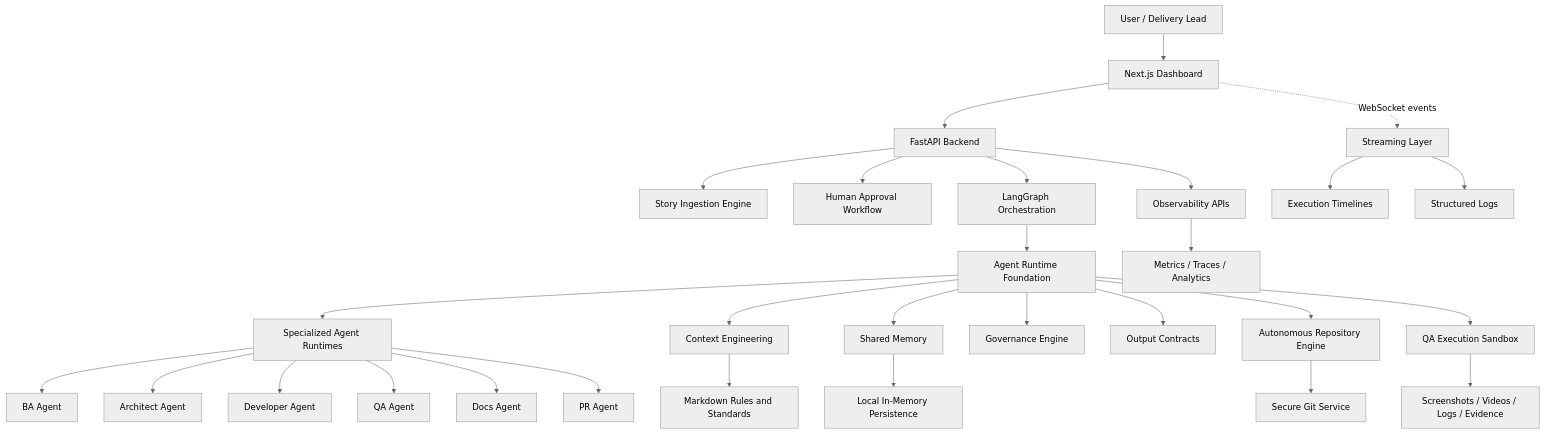
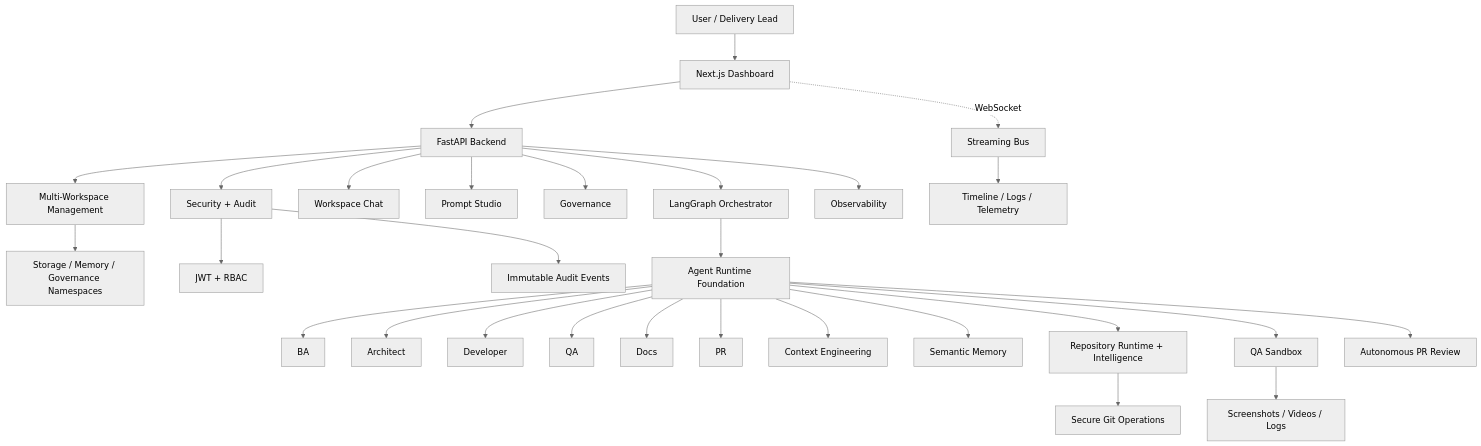
One commit to fhuamanr/LegionAgents changed the first of 4 diagrams in README.md. Above: the diagram before and after it, drawn with Mermaid (neutral theme). The commit also changed other lines of this file and 1 other file, not shown here.

````diff
--- a/README.md
+++ b/README.md
@@ -90,35 +71,36 @@
 ```mermaid
 flowchart TB
-  User["User / Delivery Lead"] --> Frontend["Next.js Dashboard"]
-  Frontend --> Api["FastAPI Backend"]
-  Frontend -. "WebSocket events" .-> Streaming["Streaming Layer"]
+  User["User / Delivery Lead"] --> UI["Next.js Dashboard"]
+  UI --> API["FastAPI Backend"]
+  UI -. "WebSocket" .-> Stream["Streaming Bus"]
 
-  Api --> Ingestion["Story Ingestion Engine"]
-  Api --> Approvals["Human Approval Workflow"]
-  Api --> Observability["Observability APIs"]
-  Api --> Graph["LangGraph Orchestration"]
+  API --> Security["Security + Audit"]
+  API --> Workspaces["Multi-Workspace Management"]
+  API --> Chat["Workspace Chat"]
+  API --> PromptStudio["Prompt Studio"]
+  API --> Governance["Governance"]
+  API --> Graph["LangGraph Orchestrator"]
+  API --> Observability["Observability"]
+
+  Workspaces --> Isolation["Storage / Memory / Governance Namespaces"]
+  Security --> RBAC["JWT + RBAC"]
+  Security --> Audit["Immutable Audit Events"]
+
   Graph --> Runtime["Agent Runtime Foundation"]
-  Runtime --> Agents["Specialized Agent Runtimes"]
-
-  Agents --> BA["BA Agent"]
-  Agents --> Architect["Architect Agent"]
-  Agents --> Developer["Developer Agent"]
-  Agents --> QA["QA Agent"]
-  Agents --> Docs["Docs Agent"]
-  Agents --> PR["PR Agent"]
+  Runtime --> BA["BA"]
+  Runtime --> Architect["Architect"]
+  Runtime --> Developer["Developer"]
+  Runtime --> QA["QA"]
+  Runtime --> Docs["Docs"]
+  Runtime --> PR["PR"]
 
   Runtime --> Context["Context Engineering"]
-  Runtime --> Memory["Shared Memory"]
-  Runtime --> Governance["Governance Engine"]
-  Runtime --> Contracts["Output Contracts"]
-  Runtime --> RepoEngine["Autonomous Repository Engine"]
-  Runtime --> QASandbox["QA Execution Sandbox"]
+  Runtime --> Memory["Semantic Memory"]
+  Runtime --> Repo["Repository Runtime + Intelligence"]
+  Runtime --> Sandbox["QA Sandbox"]
+  Runtime --> Reviews["Autonomous PR Review"]
 
-  Context --> Rules["Markdown Rules and Standards"]
-  Memory --> LocalStore["Local In-Memory Persistence"]
-  Streaming --> Timeline["Execution Timelines"]
-  Streaming --> Logs["Structured Logs"]
-  Observability --> Metrics["Metrics / Traces / Analytics"]
-  RepoEngine --> Git["Secure Git Service"]
-  QASandbox --> Evidence["Screenshots / Videos / Logs / Evidence"]
+  Stream --> Timeline["Timeline / Logs / Telemetry"]
+  Sandbox --> Evidence["Screenshots / Videos / Logs"]
+  Repo --> Git["Secure Git Operations"]
 ```
````
